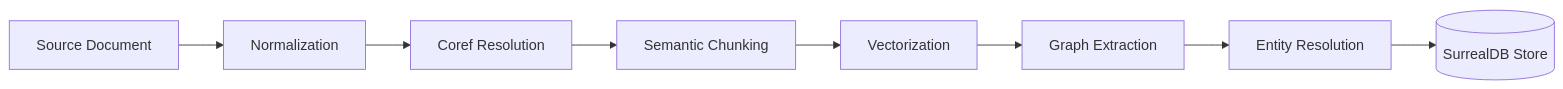
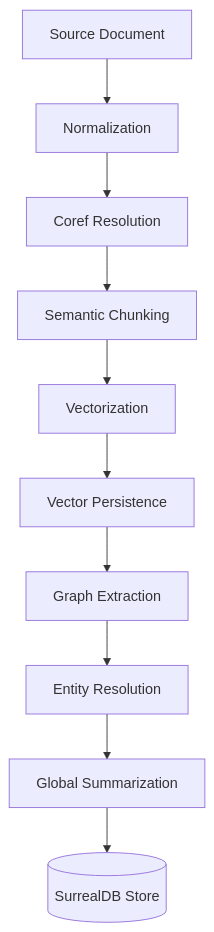
Before and after one commit to foersben/CodaCite: the diagram in docs/data_pipeline.md, drawn with Mermaid. The commit also changed other lines of this file and 27 other files, not shown here.

First line of the commit message:
docs: synchronize architecture and pipeline specifications

````diff
--- a/docs/data_pipeline.md
+++ b/docs/data_pipeline.md
@@ -48,10 +62,12 @@
 ```mermaid
-graph LR
+graph TD
     DOC[Source Document] --> NORM[Normalization]
     NORM --> COREF[Coref Resolution]
     COREF --> SEM[Semantic Chunking]
     SEM --> VEC[Vectorization]
-    VEC --> KG[Graph Extraction]
+    VEC --> VSTORE[Vector Persistence]
+    VSTORE --> KG[Graph Extraction]
     KG --> RES[Entity Resolution]
-    RES --> DB[(SurrealDB Store)]
+    RES --> SUM[Global Summarization]
+    SUM --> DB[(SurrealDB Store)]
 ```
````
